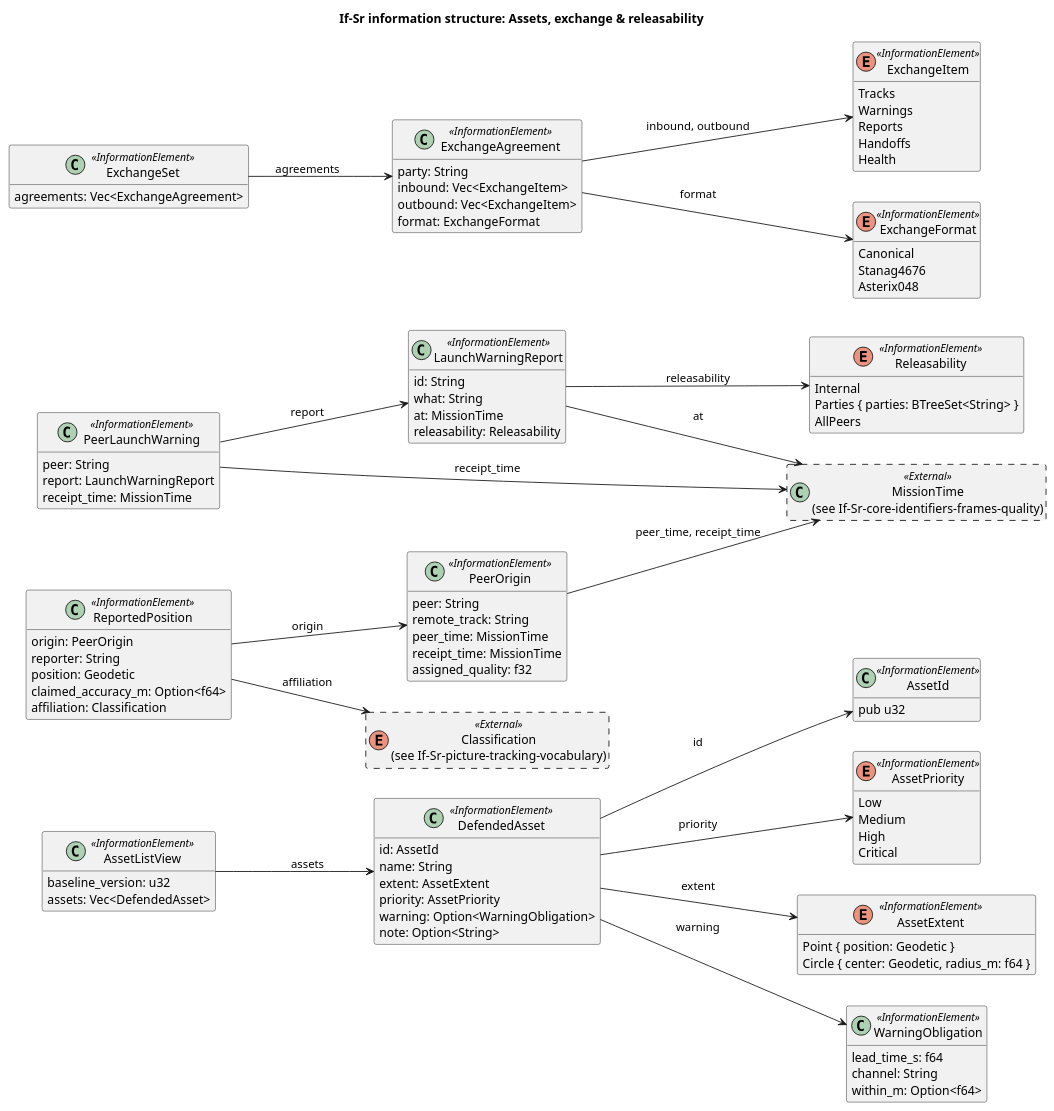
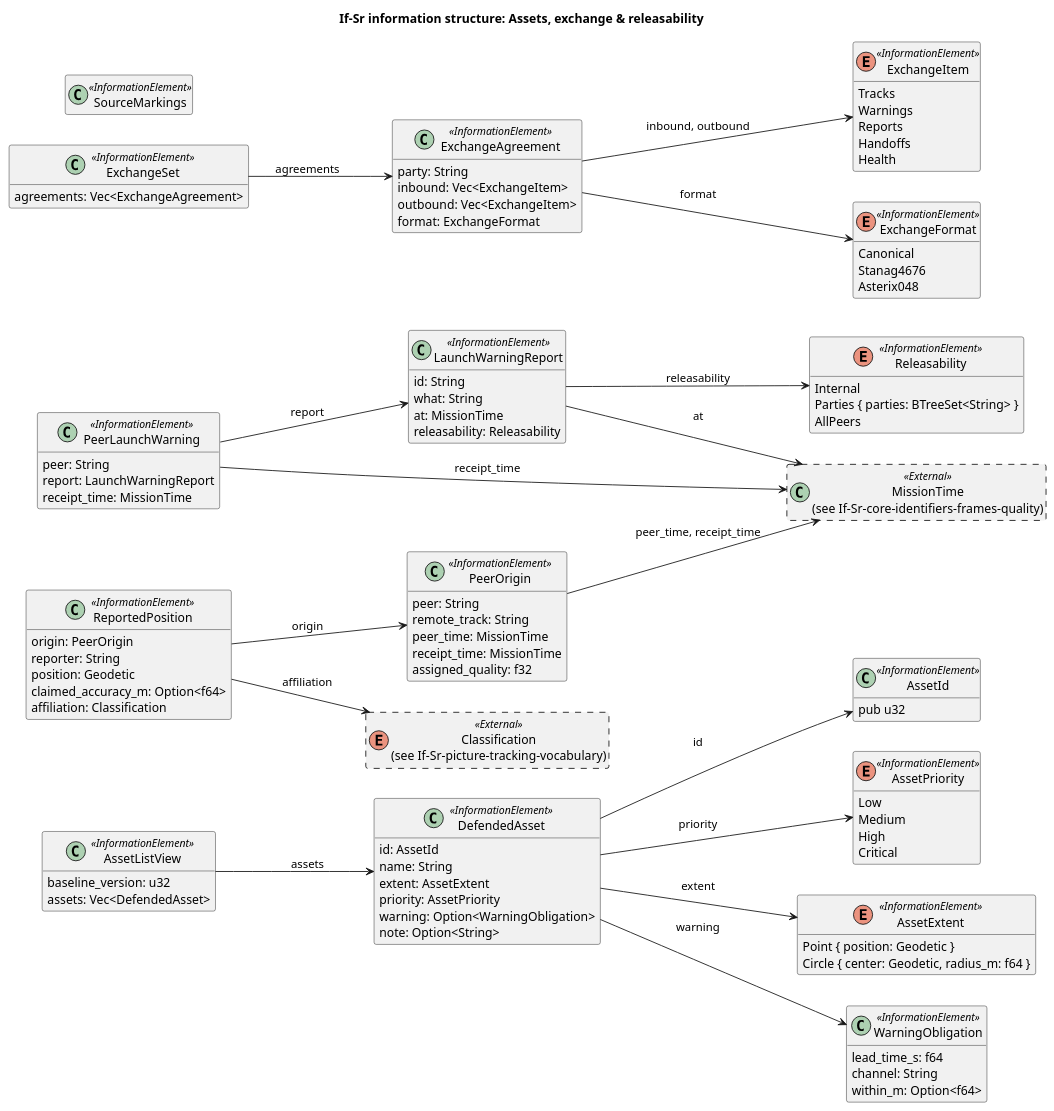
The diagram in docs/architecture/uaf/information/If-Sr-assets-exchange-releasability.puml (WayneRoessling/gungnir), drawn with PlantUML before and after one commit. The commit also changed 23 other files, not shown here.

```diff
--- a/docs/architecture/uaf/information/If-Sr-assets-exchange-releasability.puml
+++ b/docs/architecture/uaf/information/If-Sr-assets-exchange-releasability.puml
@@ -1,106 +1,108 @@
 @startuml If-Sr-assets-exchange-releasability
 title If-Sr information structure: Assets, exchange & releasability
 left to right direction
 hide empty members
 skinparam classAttributeIconSize 0
 class "AssetId" as AssetId <<InformationElement>> {
   pub u32
 }
 enum "AssetPriority" as AssetPriority <<InformationElement>> {
   Low
   Medium
   High
   Critical
 }
 enum "AssetExtent" as AssetExtent <<InformationElement>> {
   Point { position: Geodetic }
   Circle { center: Geodetic, radius_m: f64 }
 }
 class "WarningObligation" as WarningObligation <<InformationElement>> {
   lead_time_s: f64
   channel: String
   within_m: Option<f64>
 }
 class "DefendedAsset" as DefendedAsset <<InformationElement>> {
   id: AssetId
   name: String
   extent: AssetExtent
   priority: AssetPriority
   warning: Option<WarningObligation>
   note: Option<String>
 }
 class "AssetListView" as AssetListView <<InformationElement>> {
   baseline_version: u32
   assets: Vec<DefendedAsset>
 }
 class "PeerOrigin" as PeerOrigin <<InformationElement>> {
   peer: String
   remote_track: String
   peer_time: MissionTime
   receipt_time: MissionTime
   assigned_quality: f32
 }
 class "ReportedPosition" as ReportedPosition <<InformationElement>> {
   origin: PeerOrigin
   reporter: String
   position: Geodetic
   claimed_accuracy_m: Option<f64>
   affiliation: Classification
 }
 class "LaunchWarningReport" as LaunchWarningReport <<InformationElement>> {
   id: String
   what: String
   at: MissionTime
   releasability: Releasability
 }
 class "PeerLaunchWarning" as PeerLaunchWarning <<InformationElement>> {
   peer: String
   report: LaunchWarningReport
   receipt_time: MissionTime
 }
 enum "ExchangeItem" as ExchangeItem <<InformationElement>> {
   Tracks
   Warnings
   Reports
   Handoffs
   Health
 }
 enum "ExchangeFormat" as ExchangeFormat <<InformationElement>> {
   Canonical
   Stanag4676
   Asterix048
 }
 class "ExchangeAgreement" as ExchangeAgreement <<InformationElement>> {
   party: String
   inbound: Vec<ExchangeItem>
   outbound: Vec<ExchangeItem>
   format: ExchangeFormat
 }
 class "ExchangeSet" as ExchangeSet <<InformationElement>> {
   agreements: Vec<ExchangeAgreement>
 }
 enum "Releasability" as Releasability <<InformationElement>> {
   Internal
   Parties { parties: BTreeSet<String> }
   AllPeers
 }
+class "SourceMarkings" as SourceMarkings <<InformationElement>> {
+}
 enum "Classification\n(see If-Sr-picture-tracking-vocabulary)" as Classification <<External>> #line.dashed {
 }
 class "MissionTime\n(see If-Sr-core-identifiers-frames-quality)" as MissionTime <<External>> #line.dashed {
 }
 DefendedAsset --> AssetExtent : extent
 DefendedAsset --> AssetId : id
 DefendedAsset --> AssetPriority : priority
 DefendedAsset --> WarningObligation : warning
 AssetListView --> DefendedAsset : assets
 PeerOrigin --> MissionTime : peer_time, receipt_time
 ReportedPosition --> Classification : affiliation
 ReportedPosition --> PeerOrigin : origin
 LaunchWarningReport --> MissionTime : at
 LaunchWarningReport --> Releasability : releasability
 PeerLaunchWarning --> LaunchWarningReport : report
 PeerLaunchWarning --> MissionTime : receipt_time
 ExchangeAgreement --> ExchangeFormat : format
 ExchangeAgreement --> ExchangeItem : inbound, outbound
 ExchangeSet --> ExchangeAgreement : agreements
 @enduml
```
